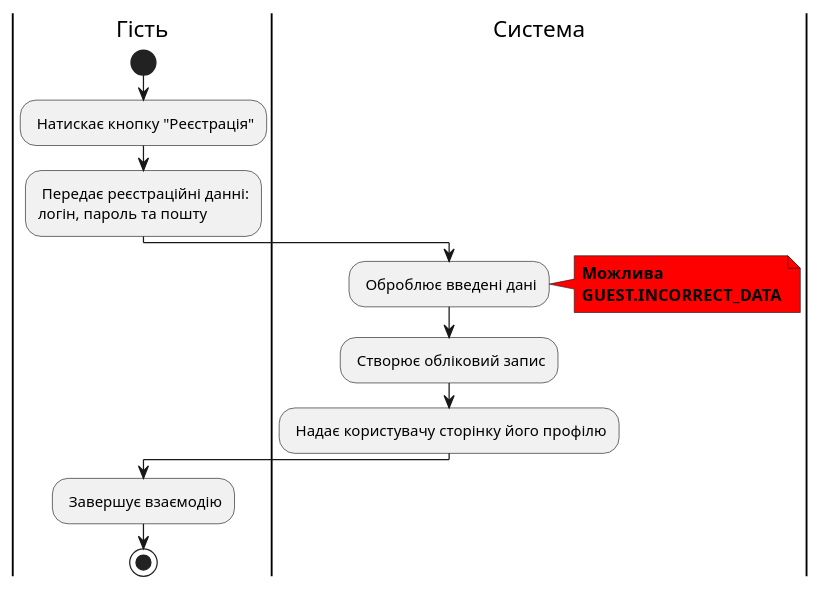
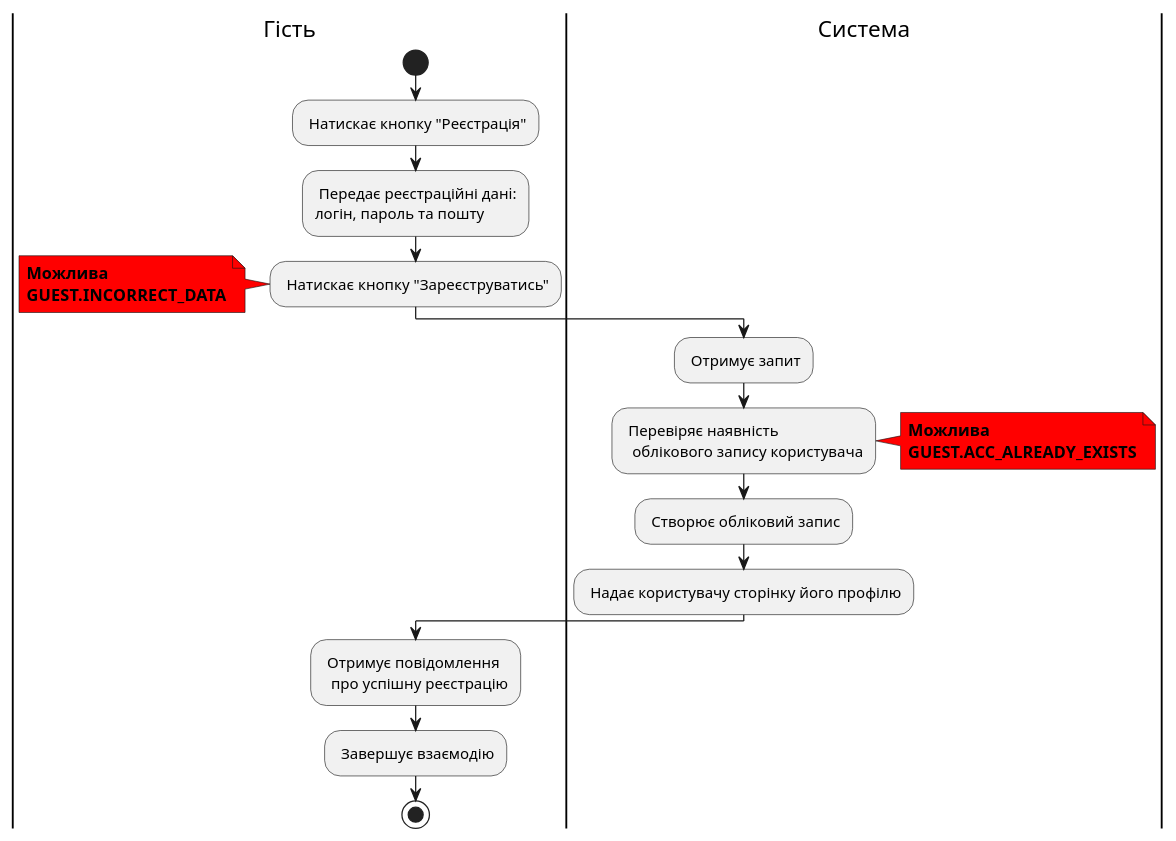
One commit to michigang1/ImForms changed the fifth of 22 diagrams in docs/use cases/README.md. Above: the diagram before and after it, drawn with PlantUML. The commit also changed other lines of this file, not shown here.

Commit message:
Added some changes in diagrams of scenarios

```diff
--- a/docs/use cases/README.md
+++ b/docs/use cases/README.md
@@ -151,24 +154,33 @@
 @startuml
 
 |Гість|
 start
 : Натискає кнопку "Реєстрація";
-: Передає реєстраційні данні:
+: Передає реєстраційні данi:
 логін, пароль та пошту;
+: Натискає кнопку "Зареєструватись";
+note left #ff0000
+<b>Можлива</b>
+<b>GUEST.INCORRECT_DATA</b>
+end note
 
 |Система|
-: Оброблює введені дані;
+        : Отримує запит;
+        : Перевіряє наявність
+          облікового запису користувача;
 
        note right #ff0000
        <b>Можлива</b>
-       <b>GUEST.INCORRECT_DATA</b>
+       <b>GUEST.ACC_ALREADY_EXISTS</b>
        end note
 
        : Створює обліковий запис;
 
        : Надає користувачу сторінку його профілю;
 
 |Гість|
-: Завершує взаємодію;
+        : Отримує повідомлення
+          про успішну реєстрацію;
+        : Завершує взаємодію;
 stop;
 @enduml
```
